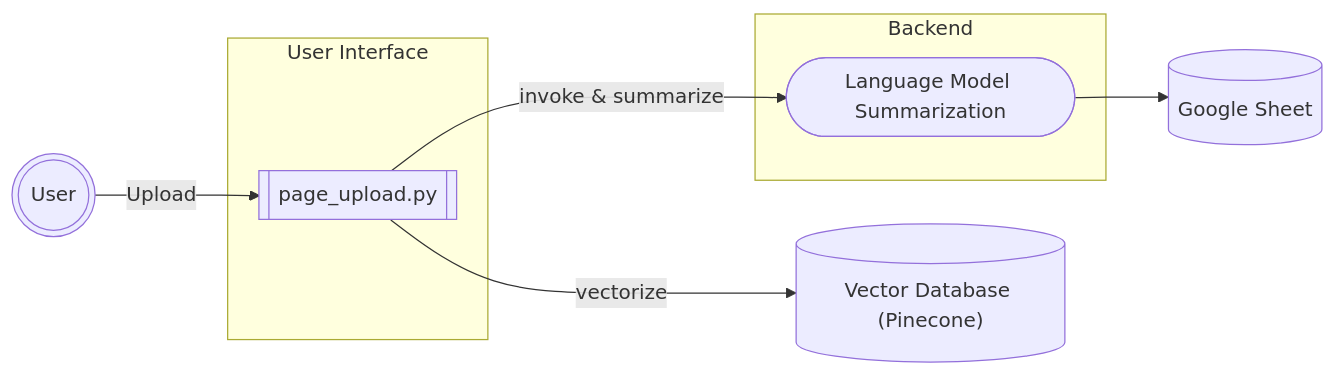
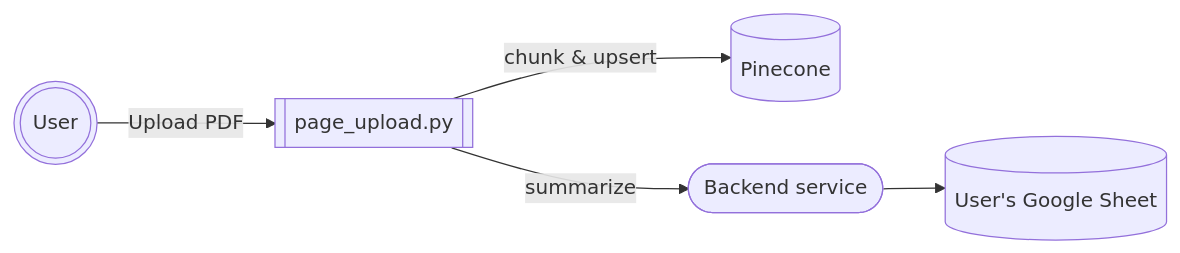
Before and after one commit to Wh4130/easyessay_literature_review_toolkit: the first of 2 diagrams in README.md, drawn with Mermaid. The commit also changed other lines of this file and 5 other files, not shown here.

````diff
--- a/README.md
+++ b/README.md
@@ -60,21 +47,7 @@
 ```mermaid
 flowchart LR
-U(((User)))
-
-subgraph UI ["User Interface"]
-	p[[page_upload.py]]
-end
-
-U -->|Upload| p
-
-p -->|vectorize| VDB[("Vector Database (Pinecone)")]
-
-subgraph Backend ["Backend"]
-	LLM(["Language Model Summarization"])
-end
-
-
-p -->|invoke & summarize| LLM
-LLM --> DB[("Google Sheet")]
-
+U(((User))) -->|Upload PDF| p[[page_upload.py]]
+p -->|chunk & upsert| VDB[("Pinecone")]
+p -->|summarize| BE(["Backend service"])
+BE --> DB[("User's Google Sheet")]
 ```
````
